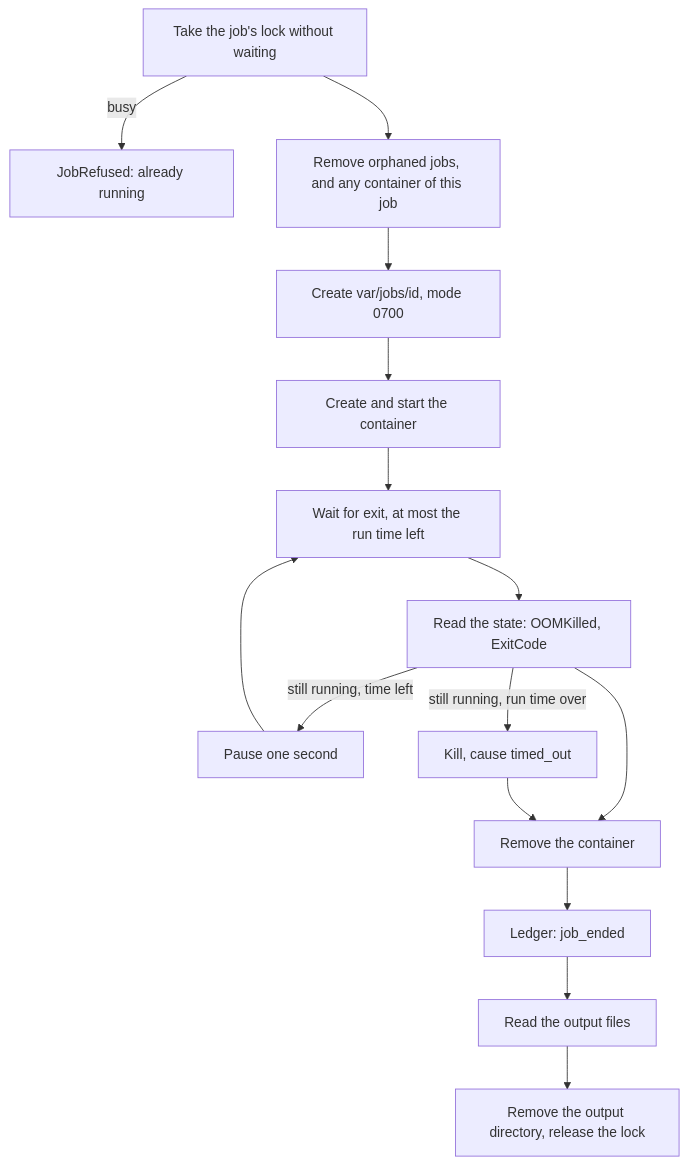
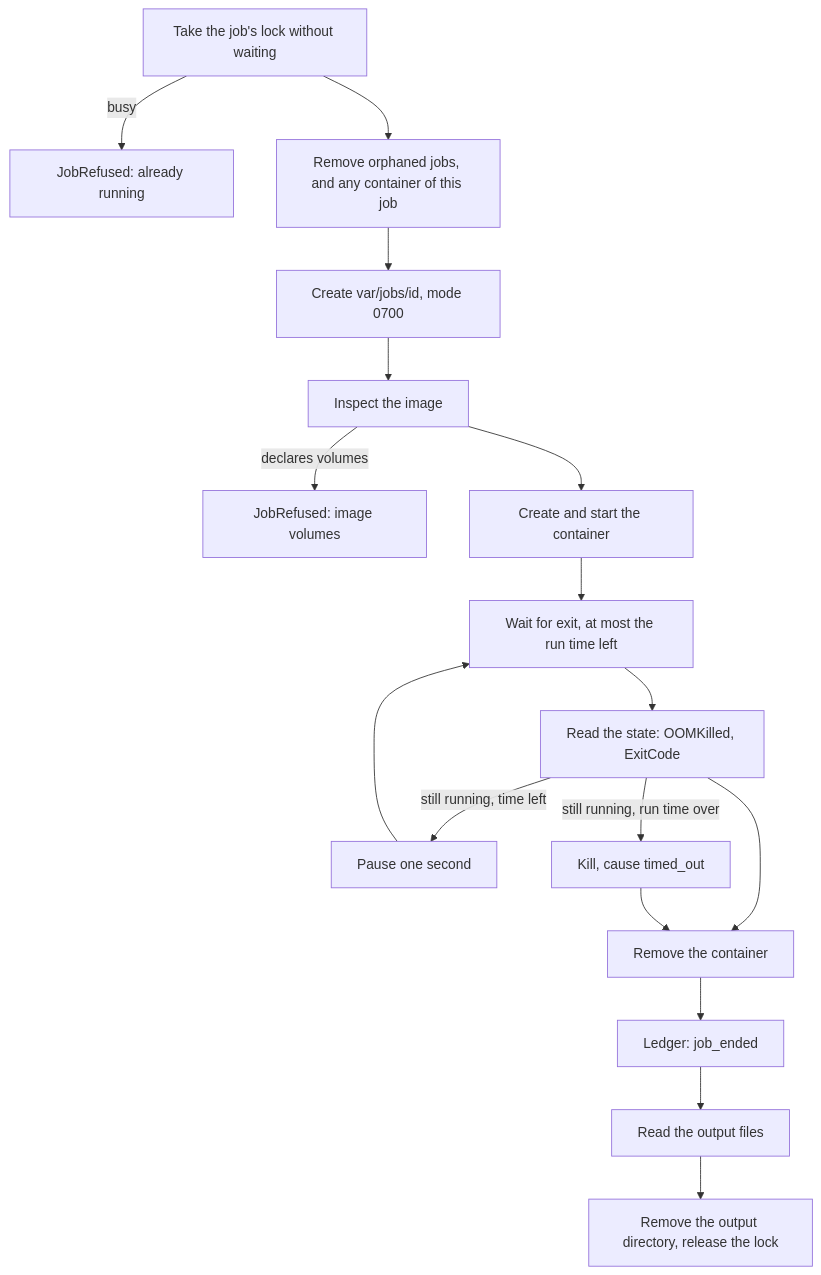
Before and after one commit to shinyredapples/intakt: the diagram in docs/architecture/job-containers.md, drawn with Mermaid. The commit also changed other lines of this file and 9 other files, not shown here.

Commit message:
fix(job): let the state end a wait, refuse image volumes, bound and unlock the job output

````diff
--- a/docs/architecture/job-containers.md
+++ b/docs/architecture/job-containers.md
@@ -34,17 +34,19 @@
 ```mermaid
 flowchart TD
   lock[Take the job's lock without waiting] -->|busy| refused[JobRefused: already running]
   lock --> sweep[Remove orphaned jobs, and any container of this job]
   sweep --> prepare[Create var/jobs/id, mode 0700]
-  prepare --> create[Create and start the container]
+  prepare --> inspect[Inspect the image]
+  inspect -->|declares volumes| volumes[JobRefused: image volumes]
+  inspect --> create[Create and start the container]
   create --> wait[Wait for exit, at most the run time left]
   wait --> state[Read the state: OOMKilled, ExitCode]
   state -->|still running, time left| pause[Pause one second]
   pause --> wait
   state -->|still running, run time over| kill[Kill, cause timed_out]
   state --> remove[Remove the container]
   kill --> remove
   remove --> record[Ledger: job_ended]
   record --> read[Read the output files]
   read --> clean[Remove the output directory, release the lock]
 ```
````
